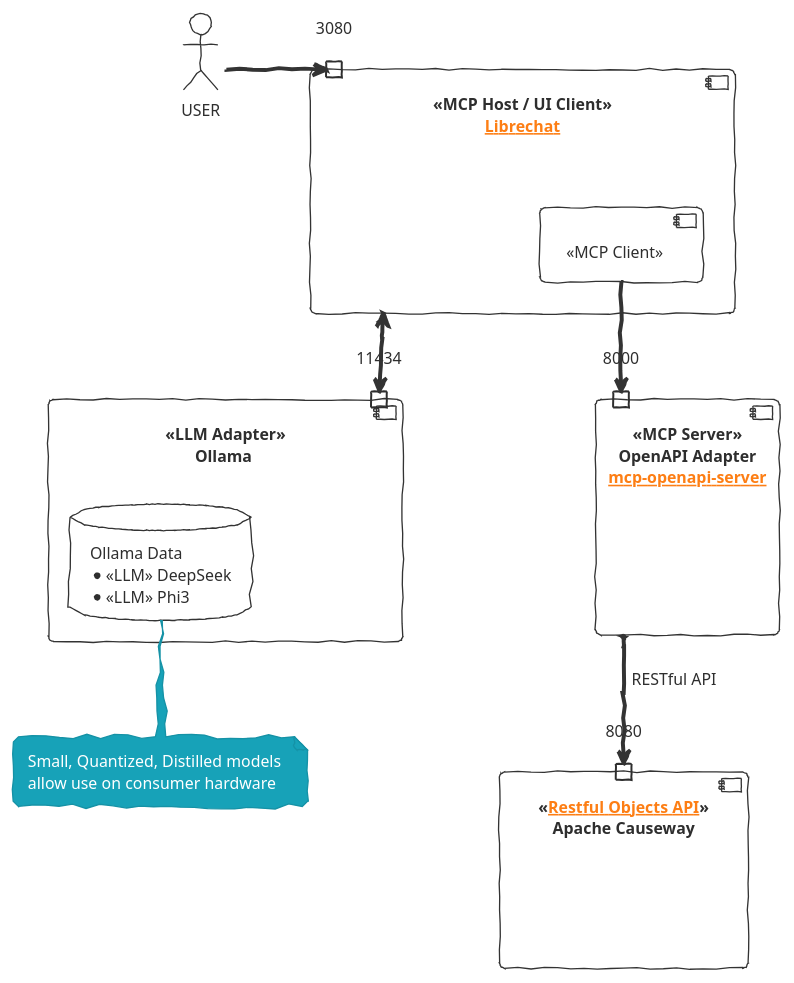
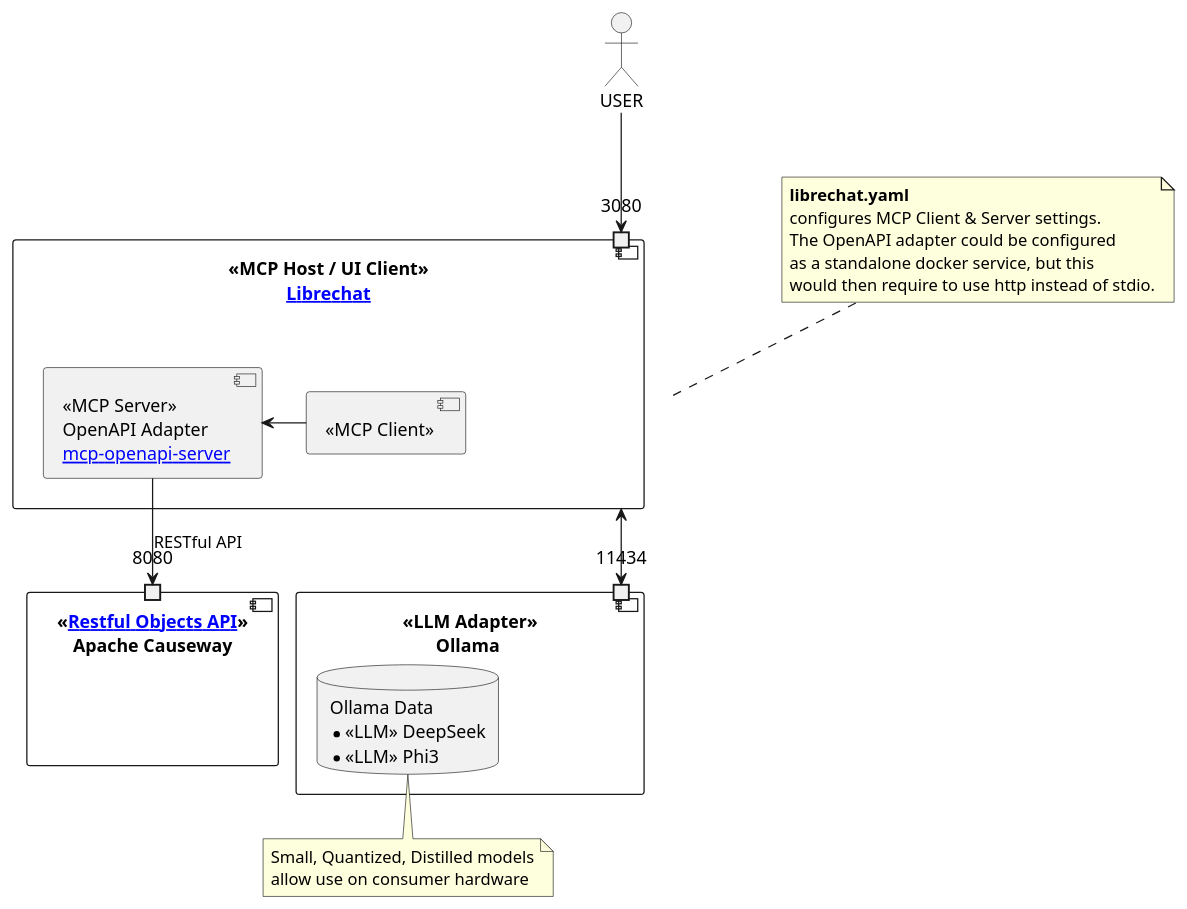
The diagram in docs/components.puml (joerg-rade/chatoo), drawn with PlantUML before and after one commit. The commit also changed 2 other files, not shown here.

Commit message:
phi3 communication now works, but it can't interact with MCP yet

```diff
--- a/docs/components.puml
+++ b/docs/components.puml
@@ -1,57 +1,41 @@
 @startuml
-'title Model Context Protocol (MCP) / OpenAPI Server Overview
-!theme sketchy-outline
+allowmixing
+skinparam nodesep 1ß
+skinparam ranksep 50
 
 actor USER
 
 component "<<MCP Host / UI Client>>\n[[https://github.com/danny-avila/LibreChat Librechat]]" as UI {
     port "3080" as UIP
     component "<<MCP Client>>" as CLIENT
+    component "<<MCP Server>>\nOpenAPI Adapter\n[[https://github.com/ivo-toby/mcp-openapi-server mcp-openapi-server]]" as OAA
 }
 
 component "<<LLM Adapter>>\nOllama " as OLLAMA {
     port "11434" as OP
     database "Ollama Data\n* <<LLM>> DeepSeek\n* <<LLM>> Phi3" as LLM
-}
-
-component "<<MCP Server>>\nOpenAPI Adapter\n[[https://github.com/ivo-toby/mcp-openapi-server mcp-openapi-server]]" as OAA {
-    port "8000" as OAP
 }
 
 component "<<[[https://www.restfulobjects.org/spec/1.0/about.html Restful Objects API]]>>\nApache Causeway" as RO {
     port "8080" as ROP
 }
 
 OAA --> ROP : RESTful API
 UI <--> OP
-CLIENT --> OAP
-USER -> UIP
+CLIENT -> OAA
+USER --> UIP
+
+note top of UI
+    <b>librechat.yaml
+    configures MCP Client & Server settings.
+    The OpenAPI adapter could be configured
+    as a standalone docker service, but this
+    would then require to use http instead of stdio.
+end note
 
 note bottom of LLM
     Small, Quantized, Distilled models
     allow use on consumer hardware
 end note
 
-/'note top of UI
-* <b>Dynamic Agent Orchestration:
-    The client app uses mcp-use to connect to <b>multiple MCP servers simultaneously,
-    with the ability to <b>dynamically select</b> which server to use for each task.
-    This enables modular, agent-based orchestration of AI workflows.
-* <b>Flexible Server Config:
-    MCP servers — either <b>local or remote</b> — can be <b>configured declaratively via JSON
-    or <b>programmatically</b>, allowing adaptive deployments tailored to different
-    runtime contexts or tools.
-* <b>LLM Interoperability:
-    Language models (e.g. OpenAI, Ollama, DeepSeek) are accessed via standard
-    <b>LangChain adapters</b>, abstracting away vendor-specific logic and enabling seamless
-    switching or combination of models.
-* <b>Tool Access Control:
-    Agents can be granted selective access to tools (e.g. files, APIs, memory) via centralized
-    configuration in mcp-use, ensuring intentional permissioning and reduced risk of unintended
-    tool invocation.
-* <b>Hosted & Web Integration:
-    mcp-use is designed to operate in <b>headless, hosted, or browser-based environments,
-    supporting both <b>local dev</b> and <b>production deployments.
-end note
-
 @enduml
```
